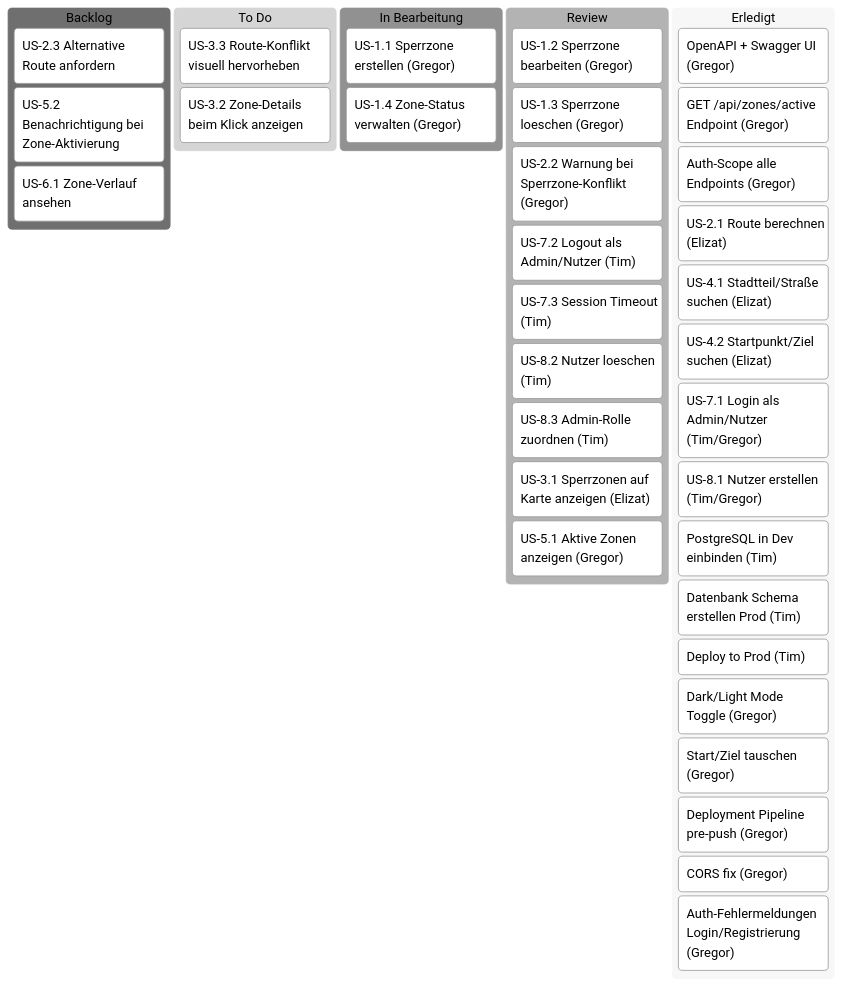
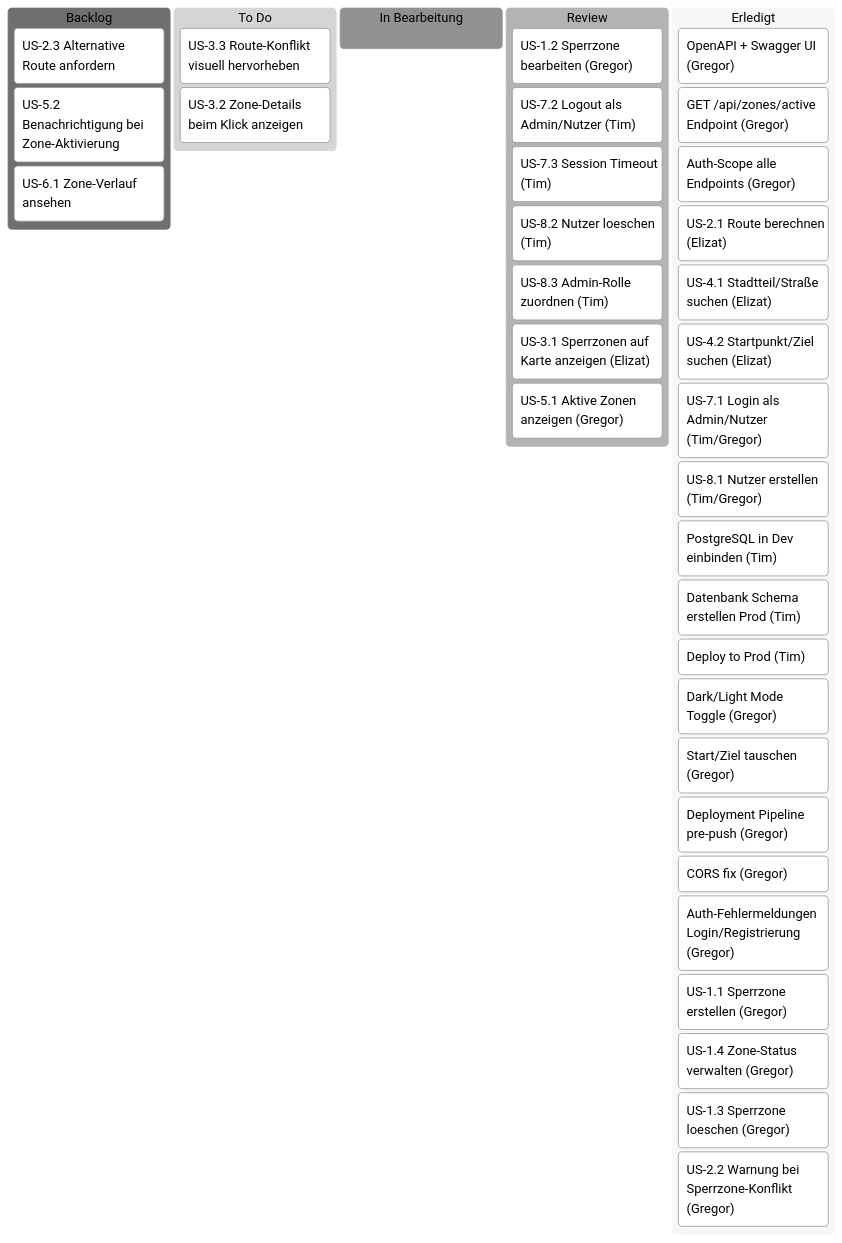
The diagram in docs/project/PLAN.md (g8rdier/urban-flow-governance), drawn with Mermaid (neutral theme) before and after one commit. The commit also changed other lines of this file, not shown here.

````diff
--- a/docs/project/PLAN.md
+++ b/docs/project/PLAN.md
@@ -15,49 +15,49 @@
 ```mermaid
 ---
 config:
   kanban:
     ticketBaseUrl: ''
 ---
 kanban
   Backlog
     b1[US-2.3 Alternative Route anfordern]
     b3[US-5.2 Benachrichtigung bei Zone-Aktivierung]
     b4[US-6.1 Zone-Verlauf ansehen]
 
   ToDo[To Do]
     t2[US-3.3 Route-Konflikt visuell hervorheben]
     t3[US-3.2 Zone-Details beim Klick anzeigen]
 
   InProgress[In Bearbeitung]
-    p1["US-1.1 Sperrzone erstellen (Gregor)"]
-    p2["US-1.4 Zone-Status verwalten (Gregor)"]
 
   Review
     r1["US-1.2 Sperrzone bearbeiten (Gregor)"]
-    r2["US-1.3 Sperrzone loeschen (Gregor)"]
-    r3["US-2.2 Warnung bei Sperrzone-Konflikt (Gregor)"]
     r5["US-7.2 Logout als Admin/Nutzer (Tim)"]
     r6["US-7.3 Session Timeout (Tim)"]
     r8["US-8.2 Nutzer loeschen (Tim)"]
     r9["US-8.3 Admin-Rolle zuordnen (Tim)"]
     p3["US-3.1 Sperrzonen auf Karte anzeigen (Elizat)"]
     p4["US-5.1 Aktive Zonen anzeigen (Gregor)"]
 
   Erledigt
     d1["OpenAPI + Swagger UI (Gregor)"]
     d2["GET /api/zones/active Endpoint (Gregor)"]
     d3["Auth-Scope alle Endpoints (Gregor)"]
     d4["US-2.1 Route berechnen (Elizat)"]
     d5["US-4.1 Stadtteil/Straße suchen (Elizat)"]
     d6["US-4.2 Startpunkt/Ziel suchen (Elizat)"]
     r4["US-7.1 Login als Admin/Nutzer (Tim/Gregor)"]
     r7["US-8.1 Nutzer erstellen (Tim/Gregor)"]
     p5["PostgreSQL in Dev einbinden (Tim)"]
     t7["Datenbank Schema erstellen Prod (Tim)"]
     t8["Deploy to Prod (Tim)"]
     d7["Dark/Light Mode Toggle (Gregor)"]
     d8["Start/Ziel tauschen (Gregor)"]
     d9["Deployment Pipeline pre-push (Gregor)"]
     d10["CORS fix (Gregor)"]
     d11["Auth-Fehlermeldungen Login/Registrierung (Gregor)"]
+    p1["US-1.1 Sperrzone erstellen (Gregor)"]
+    p2["US-1.4 Zone-Status verwalten (Gregor)"]
+    r2["US-1.3 Sperrzone loeschen (Gregor)"]
+    r3["US-2.2 Warnung bei Sperrzone-Konflikt (Gregor)"]
 ```
````
